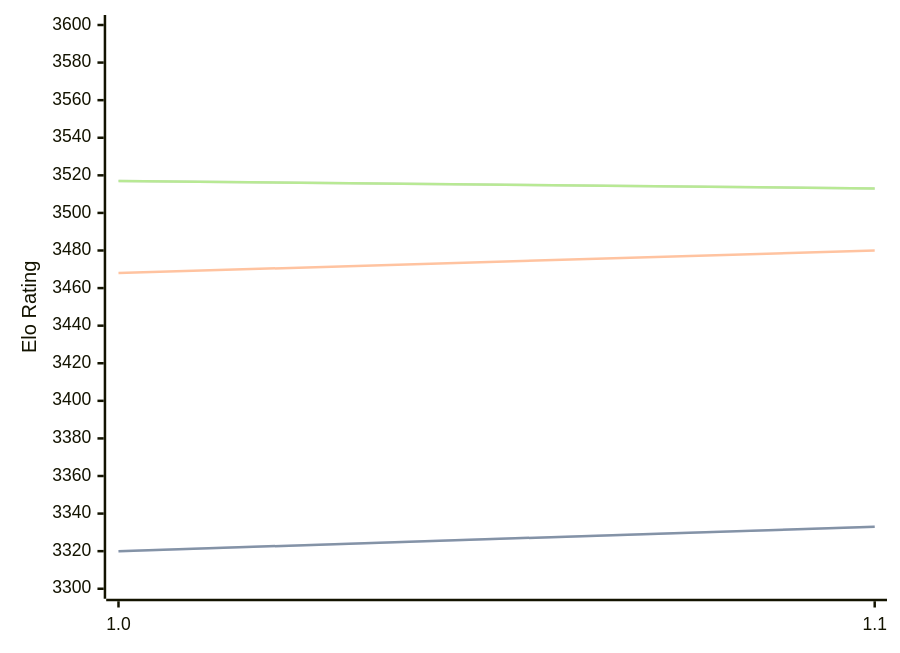
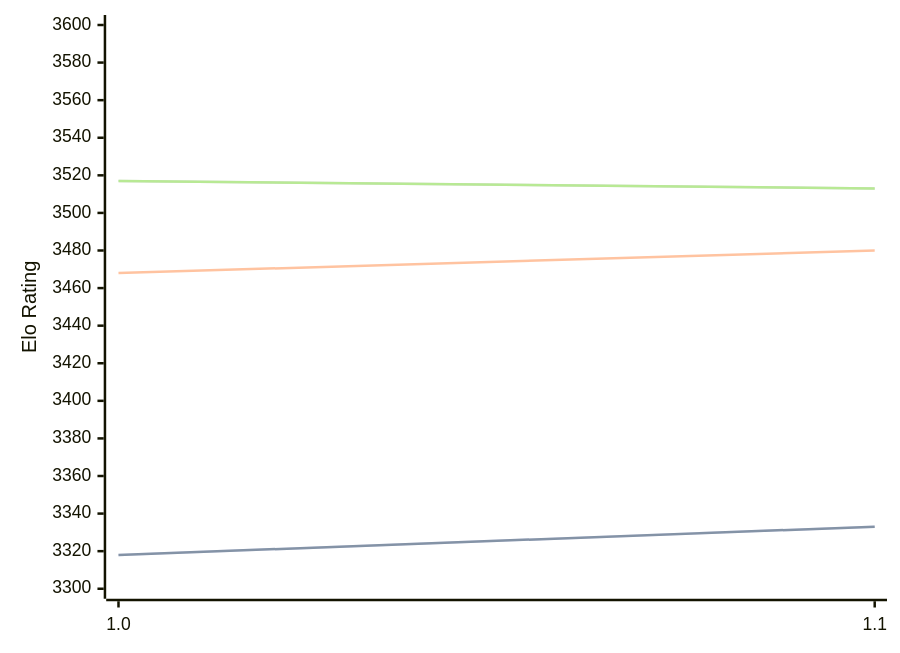
The diagram in engines/Horsie.md (computer-chess-index/cci), drawn with Mermaid before and after one commit. The commit also changed other lines of this file, not shown here.

````diff
--- a/engines/Horsie.md
+++ b/engines/Horsie.md
@@ -32,11 +32,11 @@
 ```mermaid
 %%{init: {"theme":"base","themeVariables":{"seriesColors:['#a3a3a3','#222221','#faa371']}}}%%
 xychart-beta
   x-axis ["1.0", "1.1"]
   y-axis "Elo Rating" 3300 --> 3600
-  line "STC (8.0+0.08s)" [3320, 3333]
-  line "STC (8.0+0.08s)" [3320, 3333]
+  line "STC (8.0+0.08s)" [3318, 3333]
+  line "STC (8.0+0.08s)" [3318, 3333]
   line "LTC (60.0+0.60s)" [3468, 3480]
   line "VLTC (2m24s+1.12s)" [3517, 3513]
   line "VLTC (2m24s+1.12s)" [3517, 3513]
 ```
````
